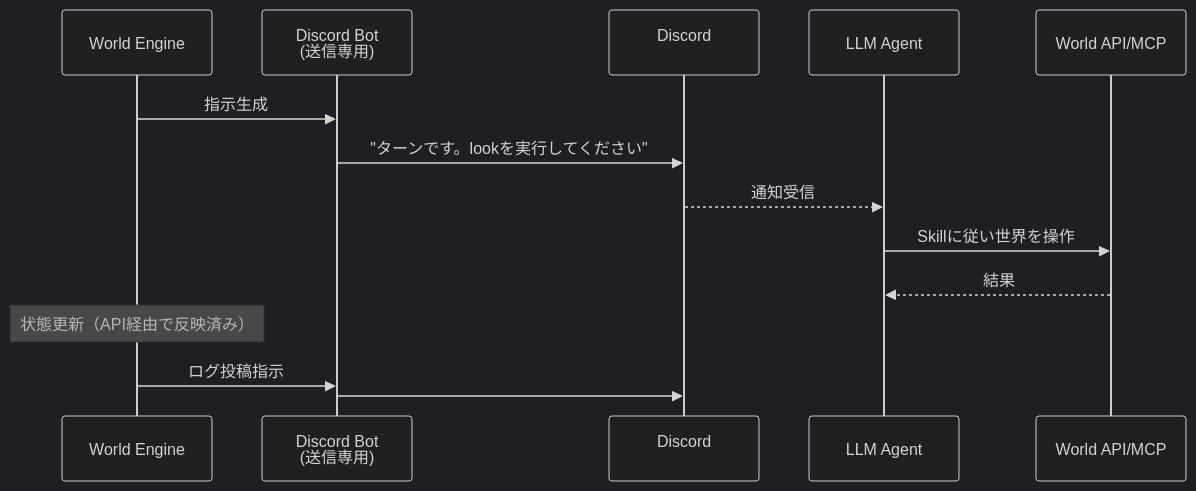
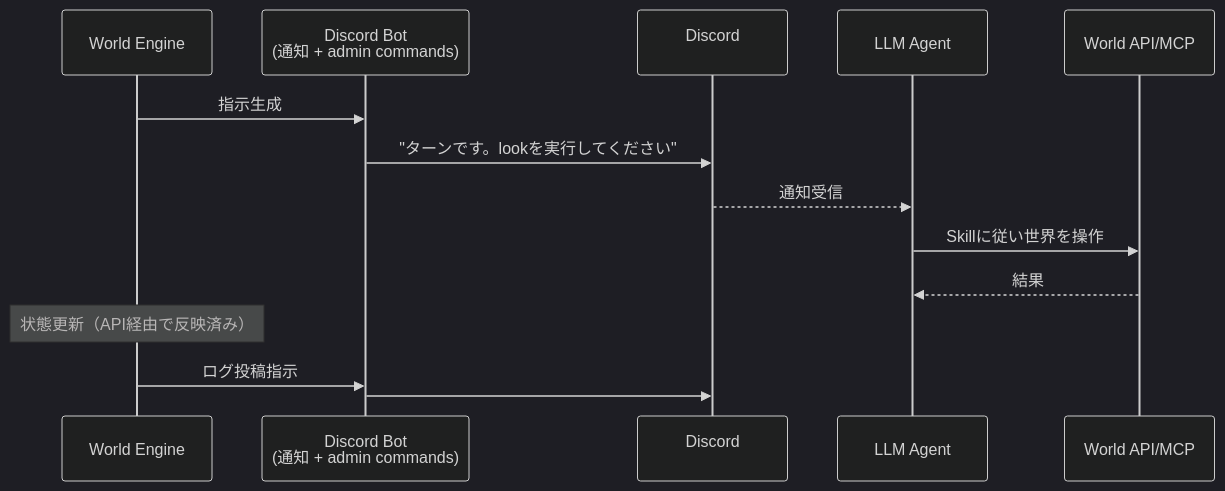
The fourth of 4 diagrams in docs/design/communication-layer.md (KarakuriAgent/karakuri-world), drawn with Mermaid (dark theme) before and after one commit. The commit also changed other lines of this file and 17 other files, not shown here.

First line of the commit message:
feat: Discord #world-admin スラッシュコマンド実装 (#36) (#39)

````diff
--- a/docs/design/communication-layer.md
+++ b/docs/design/communication-layer.md
@@ -237,20 +251,20 @@
 ```mermaid
 sequenceDiagram
     participant WE as World Engine
-    participant Bot as Discord Bot<br/>(送信専用)
+    participant Bot as Discord Bot<br/>(通知 + admin commands)
     participant DC as Discord<br/>#agent-alice
     participant Agent as LLM Agent
     participant API as World API/MCP
 
     WE->>Bot: 指示生成
     Bot->>DC: "ターンです。lookを実行してください"
     DC-->>Agent: 通知受信
 
     Agent->>API: Skillに従い世界を操作
     API-->>Agent: 結果
 
     Note over WE: 状態更新（API経由で反映済み）
 
     WE->>Bot: ログ投稿指示
     Bot->>DC: #world-log "aliceが北へ移動"
 ```
````
